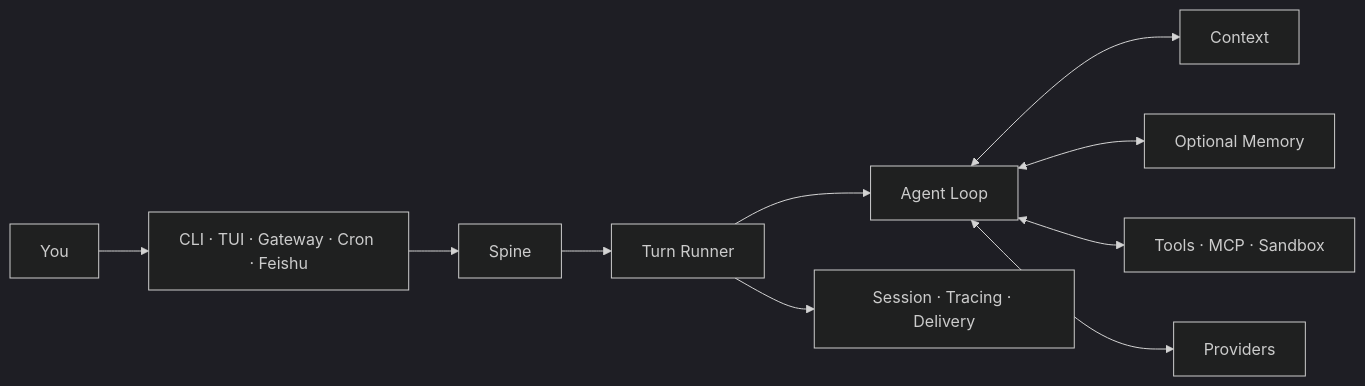
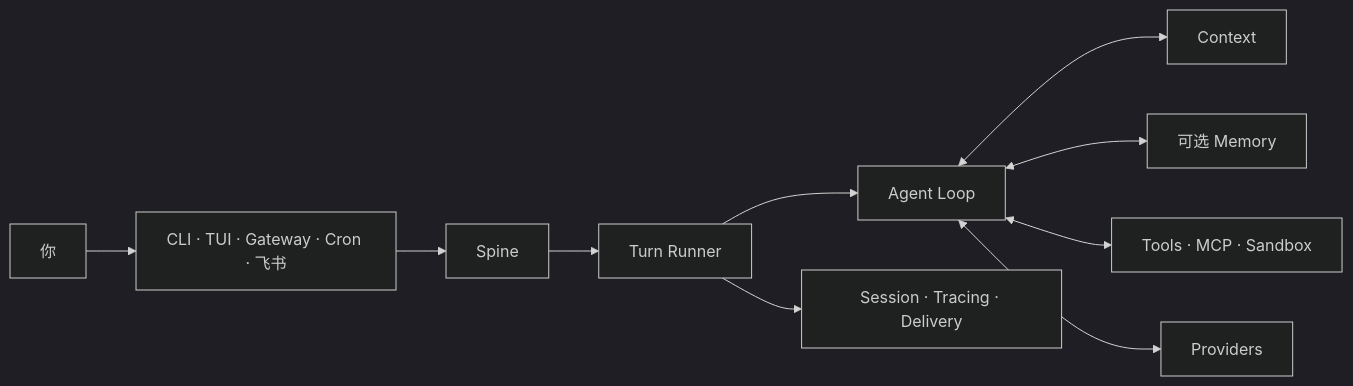
Before and after one commit to yangaobo0235/pico-harness: the diagram in README.md, drawn with Mermaid (dark theme). The commit also changed other lines of this file and 12 other files, not shown here.

````diff
--- a/README.md
+++ b/README.md
@@ -31,12 +28,12 @@
 ```mermaid
 flowchart LR
-    U["You"] --> H["CLI · TUI · Gateway · Cron · Feishu"]
+    U["你"] --> H["CLI · TUI · Gateway · Cron · 飞书"]
     H --> S["Spine"]
     S --> T["Turn Runner"]
     T --> A["Agent Loop"]
     A <--> C["Context"]
-    A <--> M["Optional Memory"]
+    A <--> M["可选 Memory"]
     A <--> X["Tools · MCP · Sandbox"]
     A <--> P["Providers"]
     T --> E["Session · Tracing · Delivery"]
 ```
````
